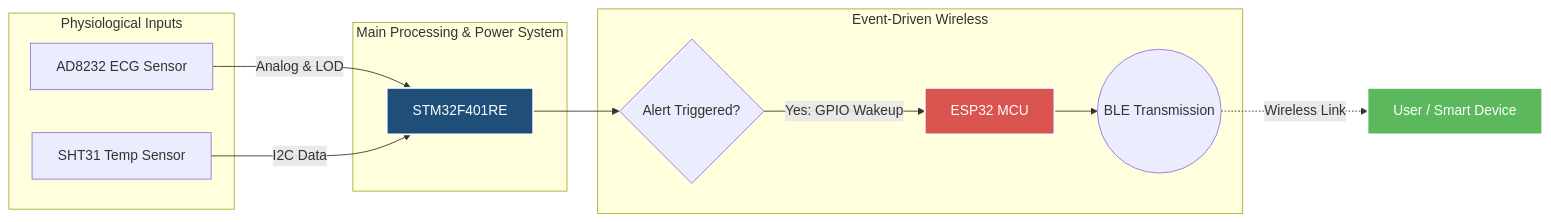
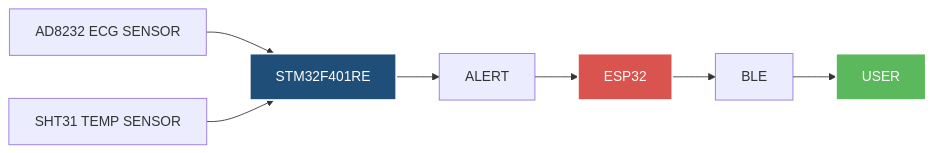
Before and after one commit to praveen-chilamakuri/Ultra-Low-Power-Wearable-Project: the diagram in README.md, drawn with Mermaid.

Commit message:
Simplify system architecture diagram in README
Removed the detailed subgraphs for sensors, processing, communication, and target node from the diagram.

````diff
--- a/README.md
+++ b/README.md
@@ -35,36 +35,14 @@
 ```mermaid
 graph LR
-    %% Sensors Group
-    subgraph Sensors [Physiological Inputs]
-        A[AD8232 ECG Sensor]
-        B[SHT31 Temp Sensor]
-    end
+    A[AD8232 ECG SENSOR] --> C[STM32F401RE]
+    B[SHT31 TEMP SENSOR] --> C
+    C --> D[ALERT]
+    D --> E[ESP32]
+    E --> F[BLE]
+    F --> G[USER]
 
-    %% Processing Group
-    subgraph Processing [Main Processing & Power System]
-        C[STM32F401RE]
-    end
-
-    %% Wireless Group
-    subgraph Communication [Event-Driven Wireless]
-        D{Alert Triggered?}
-        E[ESP32 MCU]
-        F((BLE Transmission))
-    end
-
-    %% Target Node
-    G[User / Smart Device]
-
-    %% Connections
-    A -->|Analog & LOD| C
-    B -->|I2C Data| C
-    C --> D
-    D -->|Yes: GPIO Wakeup| E
-    E --> F
-    F -.->|Wireless Link| G
-
-    %% Styling
+    %% Styling to match your image palette
     style C fill:#1f4e79,stroke:#fff,stroke-width:2px,color:#fff
     style E fill:#d9534f,stroke:#fff,stroke-width:2px,color:#fff
     style G fill:#5cb85c,stroke:#fff,stroke-width:2px,color:#fff
 ```
````
